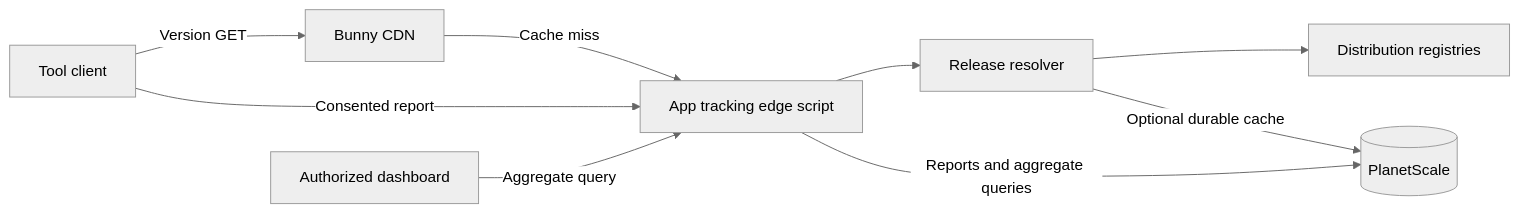
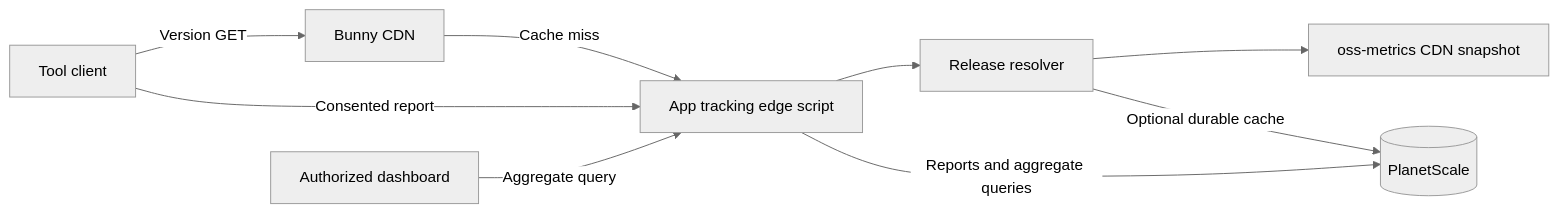
Before and after one commit to sebastian-software/app-tracking: the diagram in docs/rfcs/0001-service-api-and-data-model.md, drawn with Mermaid (neutral theme). The commit also changed other lines of this file and 18 other files, not shown here.

Commit message:
fix: reuse oss-metrics for shared GitHub versions

````diff
--- a/docs/rfcs/0001-service-api-and-data-model.md
+++ b/docs/rfcs/0001-service-api-and-data-model.md
@@ -23,11 +23,11 @@
 ```mermaid
 flowchart LR
     Client[Tool client] -->|Version GET| CDN[Bunny CDN]
     CDN -->|Cache miss| API[App tracking edge script]
     Client -->|Consented report| API
     API --> Resolver[Release resolver]
-    Resolver --> Registry[Distribution registries]
+    Resolver --> Metrics[oss-metrics CDN snapshot]
     Resolver -->|Optional durable cache| DB[(PlanetScale)]
     API -->|Reports and aggregate queries| DB
     Dashboard[Authorized dashboard] -->|Aggregate query| API
 ```
````
